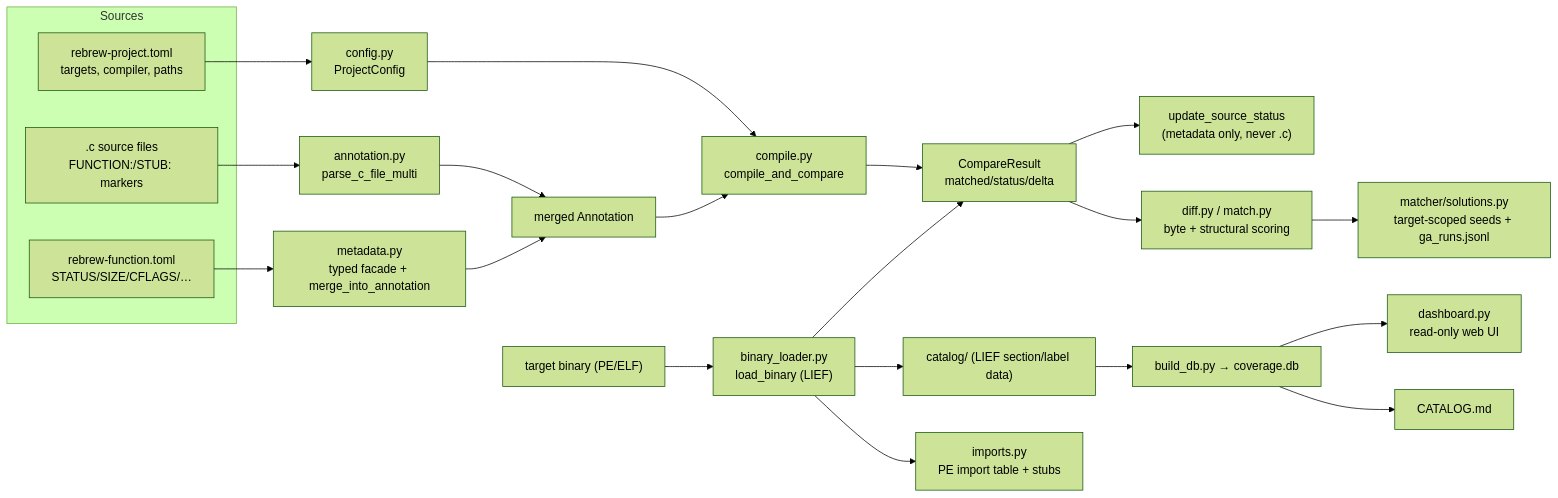
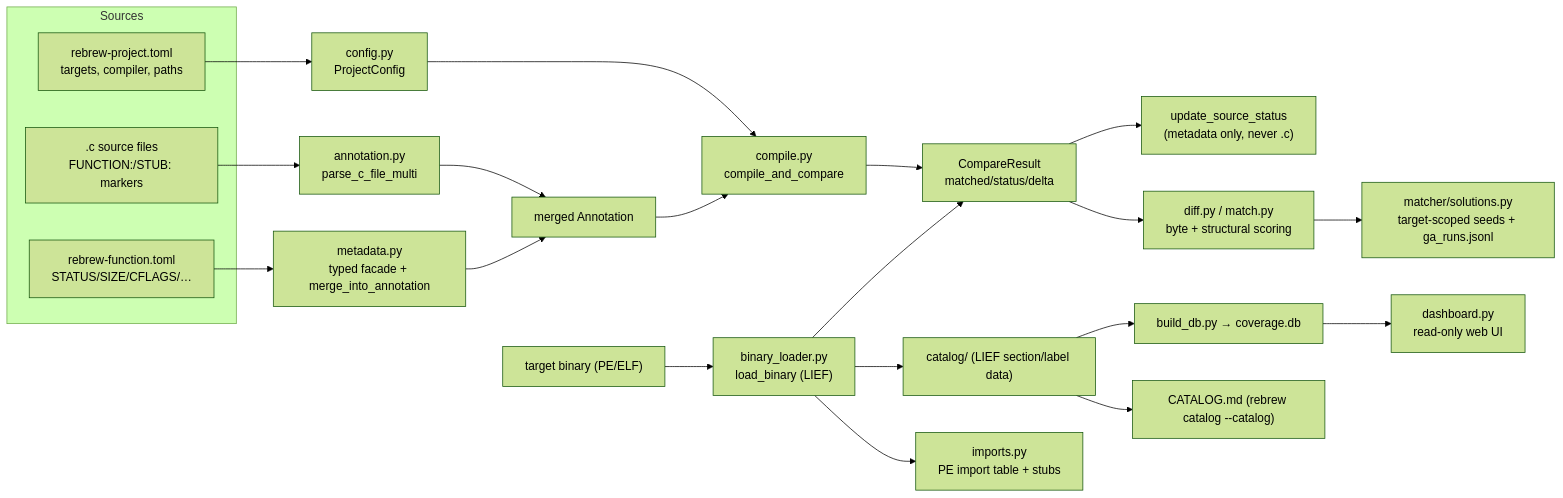
One commit to maci0/rebrew changed the diagram in docs/ARCHITECTURE.md. Above: the diagram before and after it, drawn with Mermaid (forest theme). The commit also changed 8 other files, not shown here.

````diff
--- a/docs/ARCHITECTURE.md
+++ b/docs/ARCHITECTURE.md
@@ -10,32 +10,32 @@
 ```mermaid
 flowchart LR
     subgraph Sources
         C[".c source files<br/>FUNCTION:/STUB: markers"]
         TOML["rebrew-project.toml<br/>targets, compiler, paths"]
         META["rebrew-function.toml<br/>STATUS/SIZE/CFLAGS/…"]
     end
 
     C --> ANNOT["annotation.py<br/>parse_c_file_multi"]
     META --> FACADE["metadata.py<br/>typed facade + merge_into_annotation"]
     TOML --> CFG["config.py<br/>ProjectConfig"]
 
     ANNOT --> MERGED["merged Annotation"]
     FACADE --> MERGED
     CFG --> COMPILE["compile.py<br/>compile_and_compare"]
 
     BIN["target binary (PE/ELF)"] --> LOAD["binary_loader.py<br/>load_binary (LIEF)"]
     MERGED --> COMPILE
     COMPILE --> CMP["CompareResult<br/>matched/status/delta"]
     LOAD --> CMP
 
     CMP --> STATUS["update_source_status<br/>(metadata only, never .c)"]
     CMP --> DIFF["diff.py / match.py<br/>byte + structural scoring"]
 
     LOAD --> CATALOG["catalog/ (LIEF section/label data)"]
     CATALOG --> DB["build_db.py → coverage.db"]
+    CATALOG --> CATMD["CATALOG.md (rebrew catalog --catalog)"]
     DB --> DASH["dashboard.py<br/>read-only web UI"]
-    DB --> CATMD["CATALOG.md"]
 
     LOAD --> IMPORTS["imports.py<br/>PE import table + stubs"]
     DIFF --> SOL["matcher/solutions.py<br/>target-scoped seeds + ga_runs.jsonl"]
 ```
````
